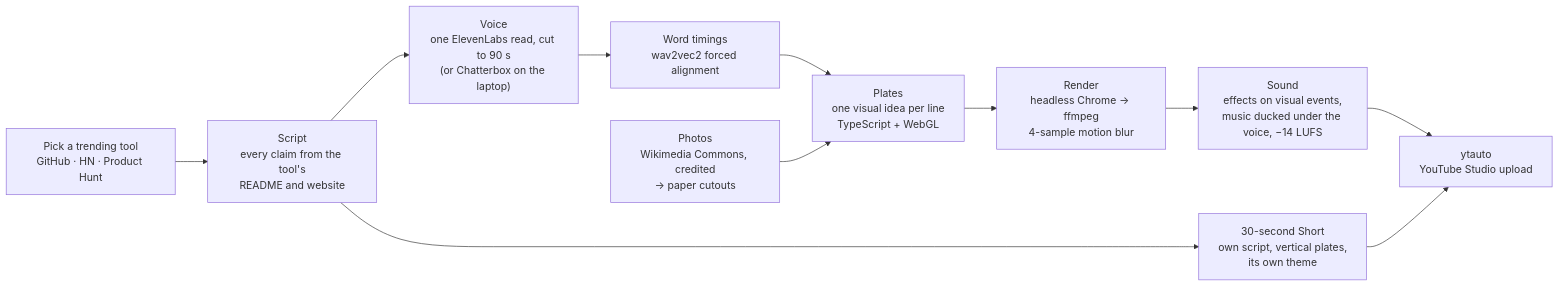
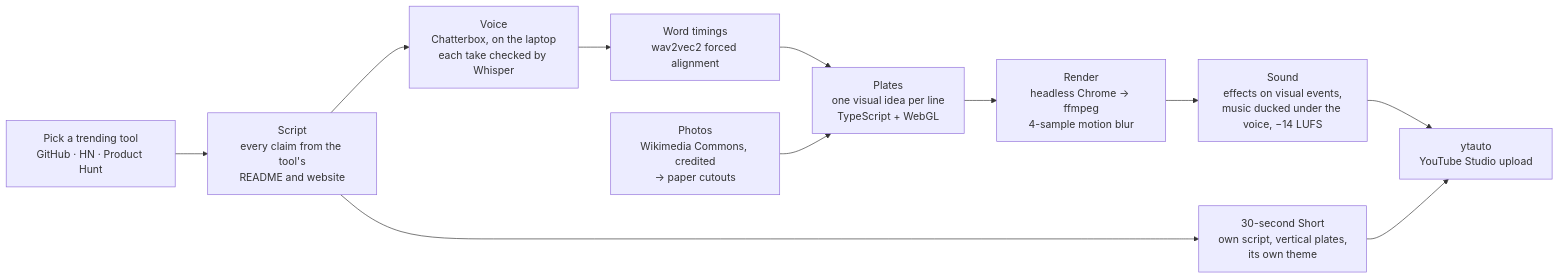
One commit to snowjug/Hermes changed the diagram in README.md. Above: the diagram before and after it, drawn with Mermaid. The commit also changed other lines of this file and 50 other files, not shown here.

````diff
--- a/README.md
+++ b/README.md
@@ -27,13 +27,13 @@
 ```mermaid
 flowchart LR
   A["Pick a trending tool<br/>GitHub · HN · Product Hunt"] --> B["Script<br/>every claim from the tool's<br/>README and website"]
-  B --> C["Voice<br/>one ElevenLabs read, cut to 90 s<br/>(or Chatterbox on the laptop)"]
+  B --> C["Voice<br/>Chatterbox, on the laptop<br/>each take checked by Whisper"]
   C --> D["Word timings<br/>wav2vec2 forced alignment"]
   D --> E["Plates<br/>one visual idea per line<br/>TypeScript + WebGL"]
   P["Photos<br/>Wikimedia Commons, credited<br/>→ paper cutouts"] --> E
   E --> F["Render<br/>headless Chrome → ffmpeg<br/>4-sample motion blur"]
   F --> G["Sound<br/>effects on visual events,<br/>music ducked under the voice, −14 LUFS"]
   G --> I["ytauto<br/>YouTube Studio upload"]
   B --> S["30-second Short<br/>own script, vertical plates,<br/>its own theme"]
   S --> I
 ```
````
